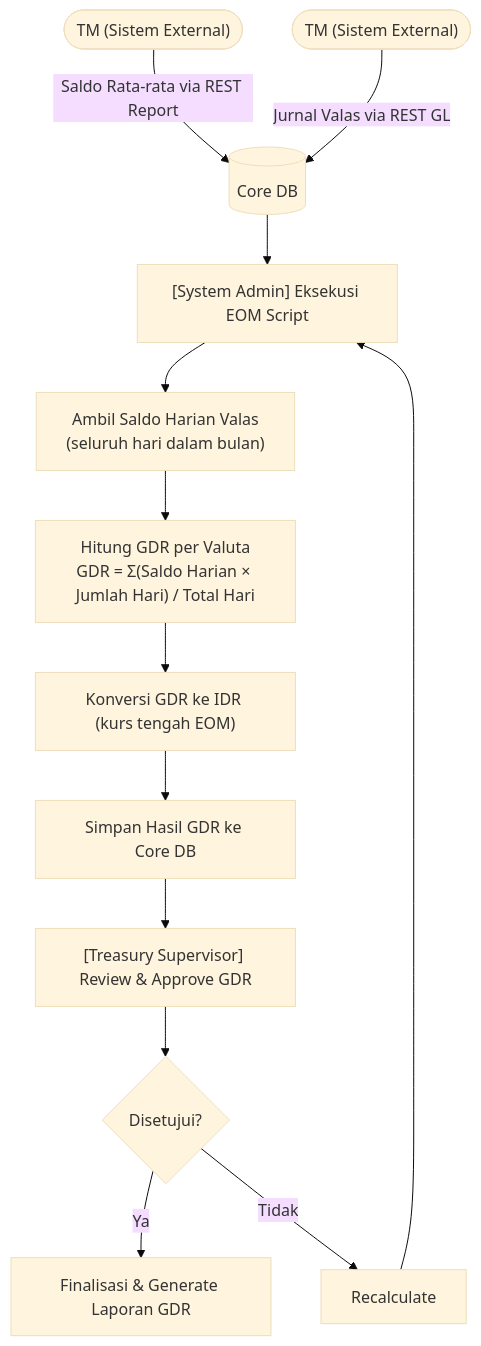
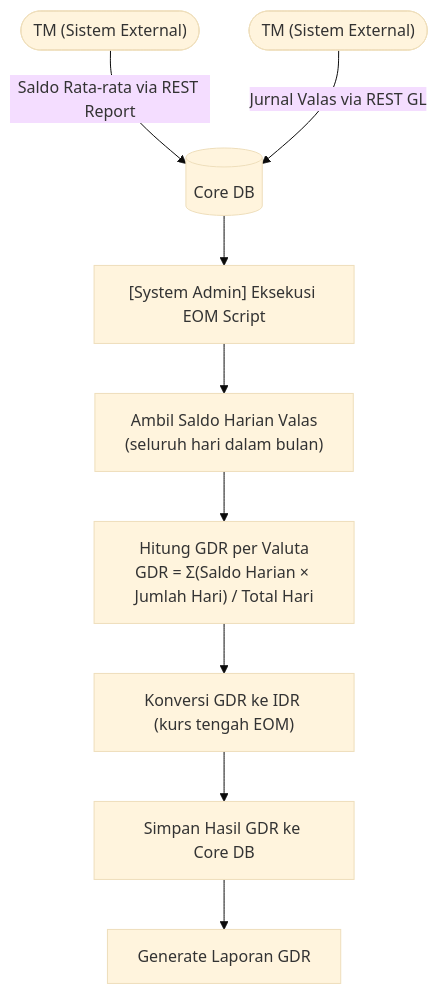
One commit to wisnu/ibank-docs changed the ninth of 9 diagrams in docs/bcas/saku_valas/fsd_sakuvalas.md. Above: the diagram before and after it, drawn with Mermaid (base theme). The commit also changed other lines of this file, not shown here.

````diff
--- a/docs/bcas/saku_valas/fsd_sakuvalas.md
+++ b/docs/bcas/saku_valas/fsd_sakuvalas.md
@@ -671,15 +671,11 @@
 ```mermaid
 flowchart TD
     TM1(["TM (Sistem External)"]) -->|"Saldo Rata-rata via REST Report"| DB[("Core DB")]
     TM2(["TM (Sistem External)"]) -->|"Jurnal Valas via REST GL"| DB
     DB --> A["[System Admin] Eksekusi EOM Script"]
     A --> B["Ambil Saldo Harian Valas\n(seluruh hari dalam bulan)"]
     B --> C["Hitung GDR per Valuta\nGDR = Σ(Saldo Harian × Jumlah Hari) / Total Hari"]
     C --> D["Konversi GDR ke IDR (kurs tengah EOM)"]
     D --> E["Simpan Hasil GDR ke Core DB"]
-    E --> F["[Treasury Supervisor] Review & Approve GDR"]
-    F --> G{"Disetujui?"}
-    G -->|Ya| H["Finalisasi & Generate Laporan GDR"]
-    G -->|Tidak| I["Recalculate"]
-    I --> A
+    E --> F["Generate Laporan GDR"]
 ```
````
